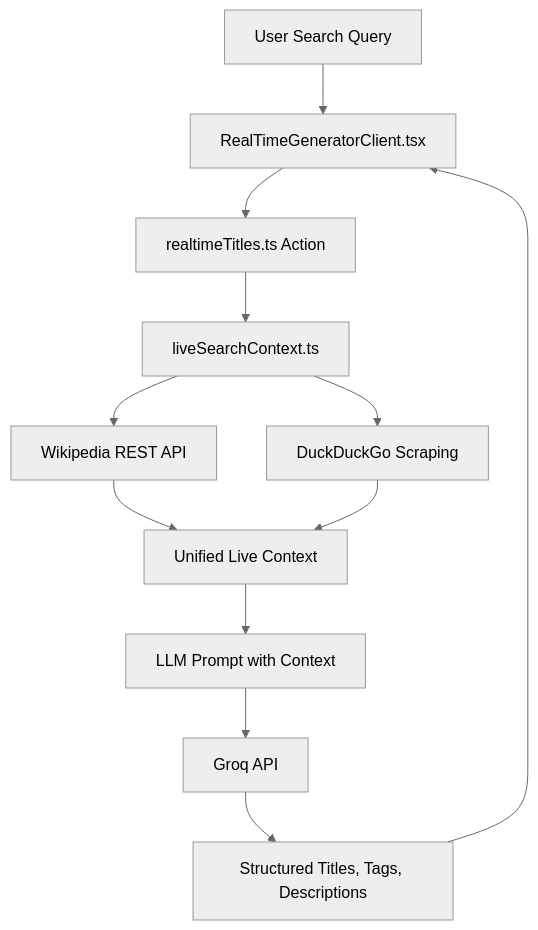
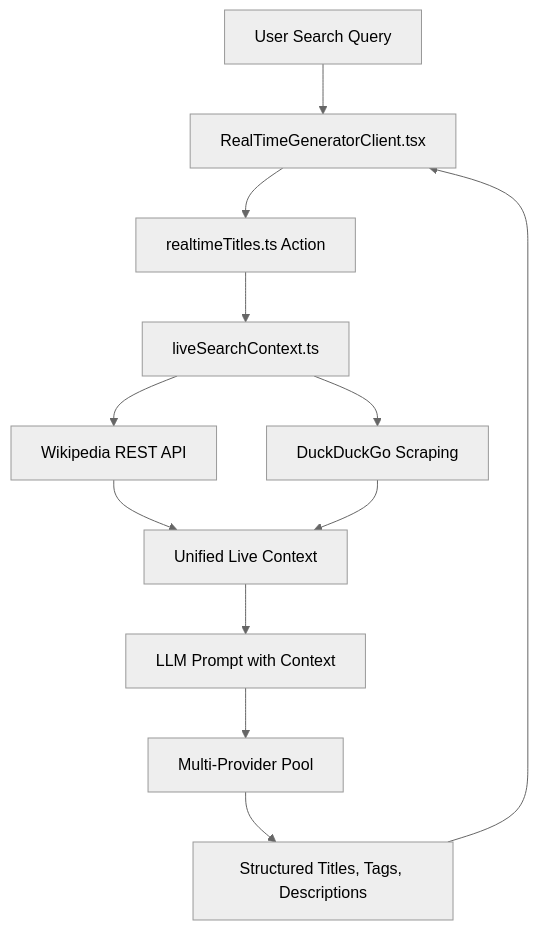
The second of 3 diagrams in ARCHITECTURE.md (shivasap27sh-del/freeviralkit), drawn with Mermaid (neutral theme) before and after one commit. The commit also changed other lines of this file and 10 other files, not shown here.

````diff
--- a/ARCHITECTURE.md
+++ b/ARCHITECTURE.md
@@ -62,14 +125,14 @@
 ```mermaid
 graph TD
     User[User Search Query] --> Client[RealTimeGeneratorClient.tsx]
     Client --> Action[realtimeTitles.ts Action]
     Action --> Search[liveSearchContext.ts]
     Search --> Wiki[Wikipedia REST API]
     Search --> DDG[DuckDuckGo Scraping]
     Wiki --> Combined[Unified Live Context]
     DDG --> Combined
     Combined --> GroqPrompt[LLM Prompt with Context]
-    GroqPrompt --> Groq[Groq API]
-    Groq --> ParsedJSON[Structured Titles, Tags, Descriptions]
+    GroqPrompt --> AI[Multi-Provider Pool]
+    AI --> ParsedJSON[Structured Titles, Tags, Descriptions]
     ParsedJSON --> Client
 ```
````
